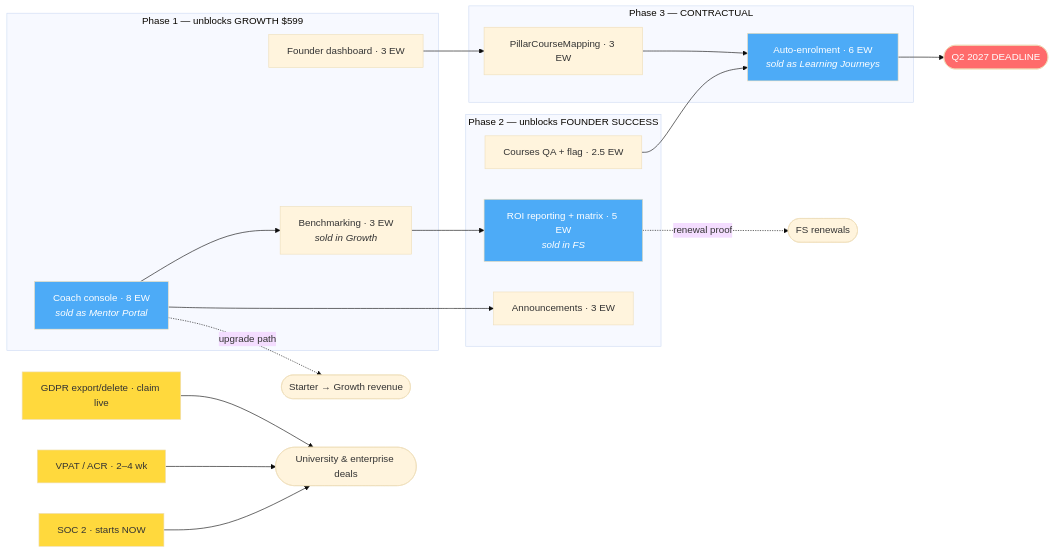
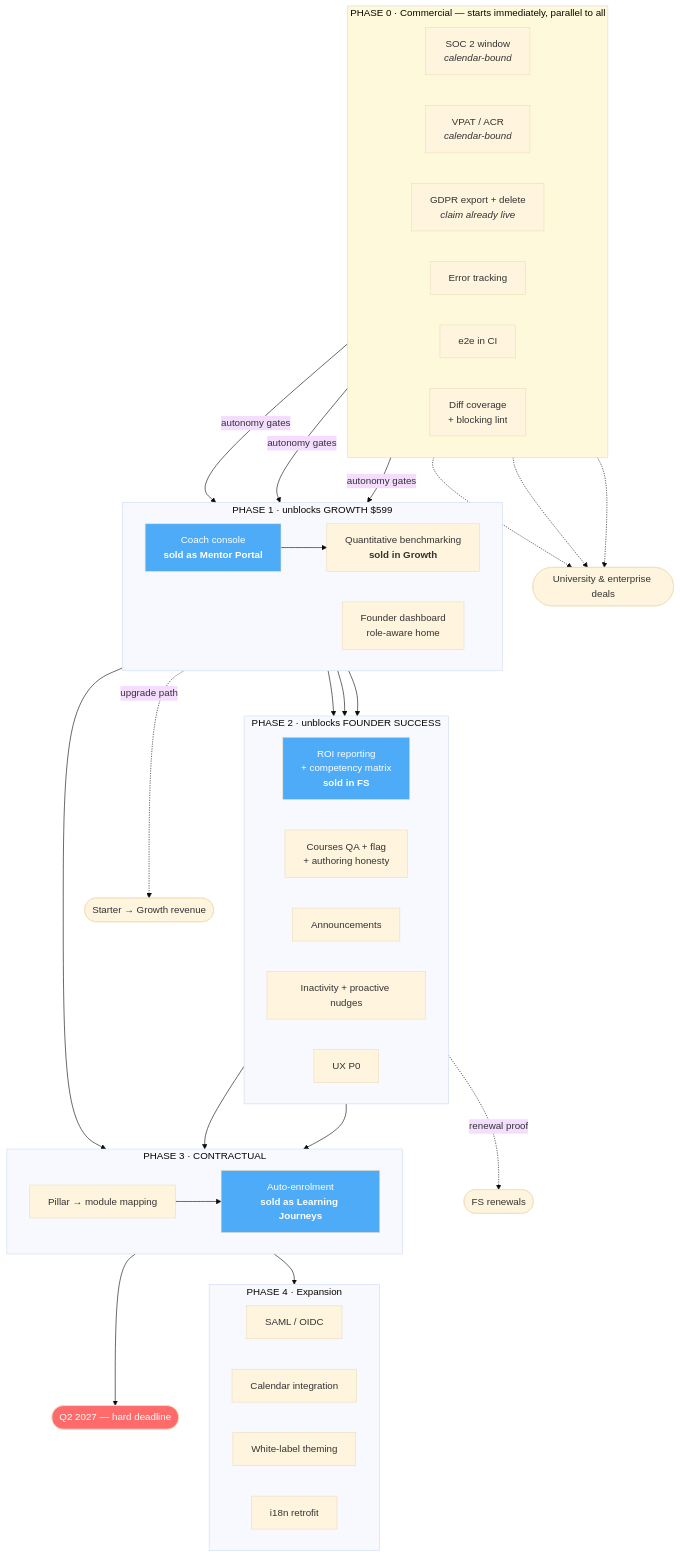
One commit to murad-asaad19/BVisionRY-be-v2 changed the second of 2 diagrams in docs/roadmap.md. Above: the diagram before and after it, drawn with Mermaid (base theme). The commit also changed other lines of this file and 2 other files, not shown here.

First line of the commit message:
Rewrite roadmap as outcomes only; drop human-time planning

````diff
--- a/docs/roadmap.md
+++ b/docs/roadmap.md
@@ -481,34 +376,61 @@
 ```mermaid
-flowchart LR
-    subgraph P1["Phase 1 — unblocks GROWTH $599"]
-        C["Coach console · 8 EW<br/><i>sold as Mentor Portal</i>"]
-        B["Benchmarking · 3 EW<br/><i>sold in Growth</i>"]
-        D["Founder dashboard · 3 EW"]
+flowchart TB
+    subgraph P0["PHASE 0 · Commercial — starts immediately, parallel to all"]
+        direction LR
+        S0a["SOC 2 window<br/><i>calendar-bound</i>"]
+        S0b["VPAT / ACR<br/><i>calendar-bound</i>"]
+        S0c["GDPR export + delete<br/><i>claim already live</i>"]
+        S0d["Error tracking"]
+        S0e["e2e in CI"]
+        S0f["Diff coverage<br/>+ blocking lint"]
     end
-    subgraph P2["Phase 2 — unblocks FOUNDER SUCCESS"]
-        IR["ROI reporting + matrix · 5 EW<br/><i>sold in FS</i>"]
-        F["Courses QA + flag · 2.5 EW"]
-        AN["Announcements · 3 EW"]
+
+    subgraph P1["PHASE 1 · unblocks GROWTH $599"]
+        direction LR
+        C["Coach console<br/><b>sold as Mentor Portal</b>"]
+        B["Quantitative benchmarking<br/><b>sold in Growth</b>"]
+        D["Founder dashboard<br/>role-aware home"]
     end
-    subgraph P3["Phase 3 — CONTRACTUAL"]
-        PM["PillarCourseMapping · 3 EW"]
-        AE["Auto-enrolment · 6 EW<br/><i>sold as Learning Journeys</i>"]
+
+    subgraph P2["PHASE 2 · unblocks FOUNDER SUCCESS"]
+        direction LR
+        IR["ROI reporting<br/>+ competency matrix<br/><b>sold in FS</b>"]
+        F["Courses QA + flag<br/>+ authoring honesty"]
+        AN["Announcements"]
+        NU["Inactivity + proactive nudges"]
+        UX["UX P0"]
     end
-    C --> B --> IR
+
+    subgraph P3["PHASE 3 · CONTRACTUAL"]
+        direction LR
+        PM["Pillar → module mapping"]
+        AE["Auto-enrolment<br/><b>sold as Learning Journeys</b>"]
+    end
+
+    subgraph P4["PHASE 4 · Expansion"]
+        direction LR
+        SSO["SAML / OIDC"]
+        CAL["Calendar integration"]
+        WL["White-label theming"]
+        I18["i18n retrofit"]
+    end
+
+    S0d & S0e & S0f -->|"autonomy gates"| P1
+    C --> B
     C --> AN
+    B --> IR
     D --> PM
     F --> AE
-    PM --> AE --> DL(["Q2 2027 DEADLINE"])
+    PM --> AE
+    P1 --> P2 --> P3 --> P4
+    AE --> DL(["Q2 2027 — hard deadline"])
     C -.->|"upgrade path"| REV(["Starter → Growth revenue"])
     IR -.->|"renewal proof"| RN(["FS renewals"])
-    SOC["SOC 2 · starts NOW"] --> ENT(["University & enterprise deals"])
-    VP["VPAT / ACR · 2–4 wk"] --> ENT
-    GD["GDPR export/delete · claim live"] --> ENT
+    S0a & S0b & S0c -.-> ENT(["University & enterprise deals"])
+
     style DL fill:#ff6b6b,color:#fff
-    style SOC fill:#ffd93d
-    style VP fill:#ffd93d
-    style GD fill:#ffd93d
     style C fill:#4dabf7,color:#fff
     style AE fill:#4dabf7,color:#fff
     style IR fill:#4dabf7,color:#fff
+    style P0 fill:#fff9db
 ```
````
